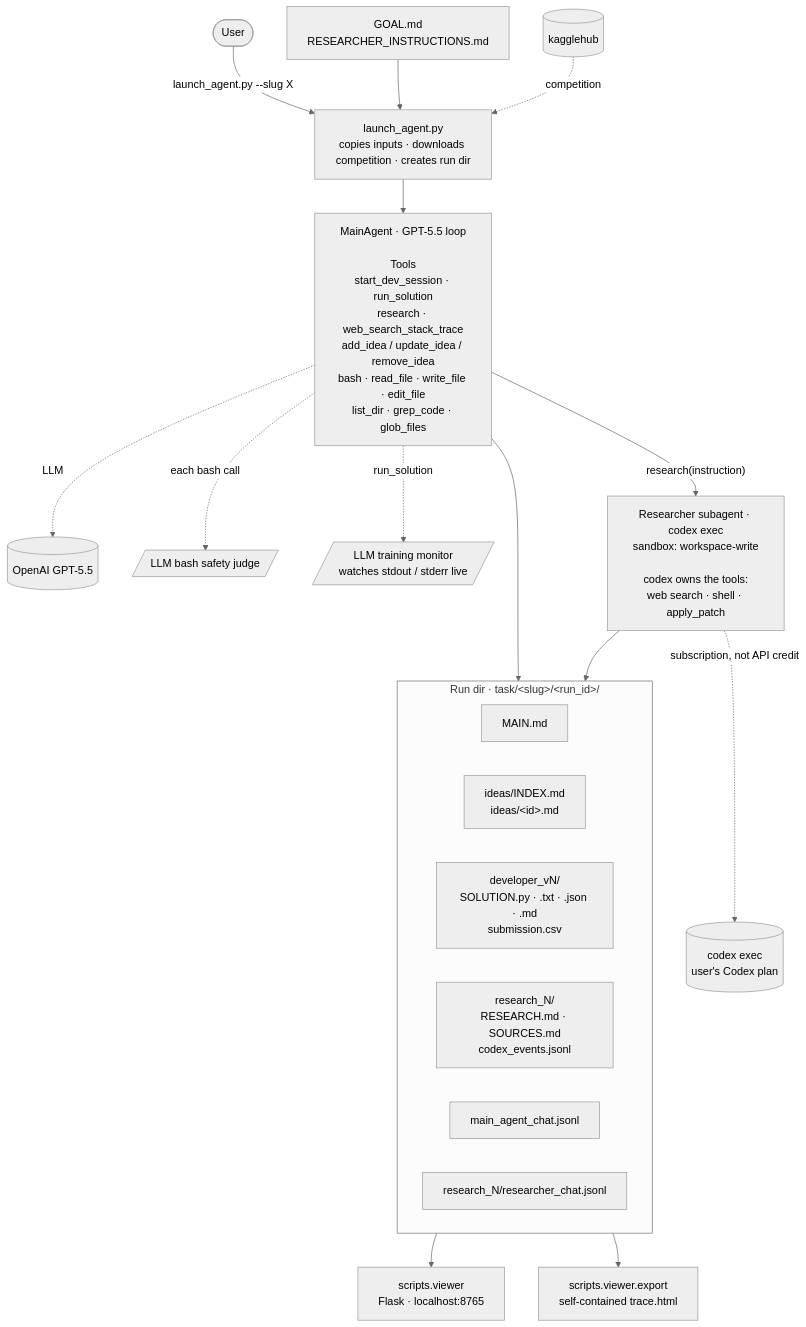
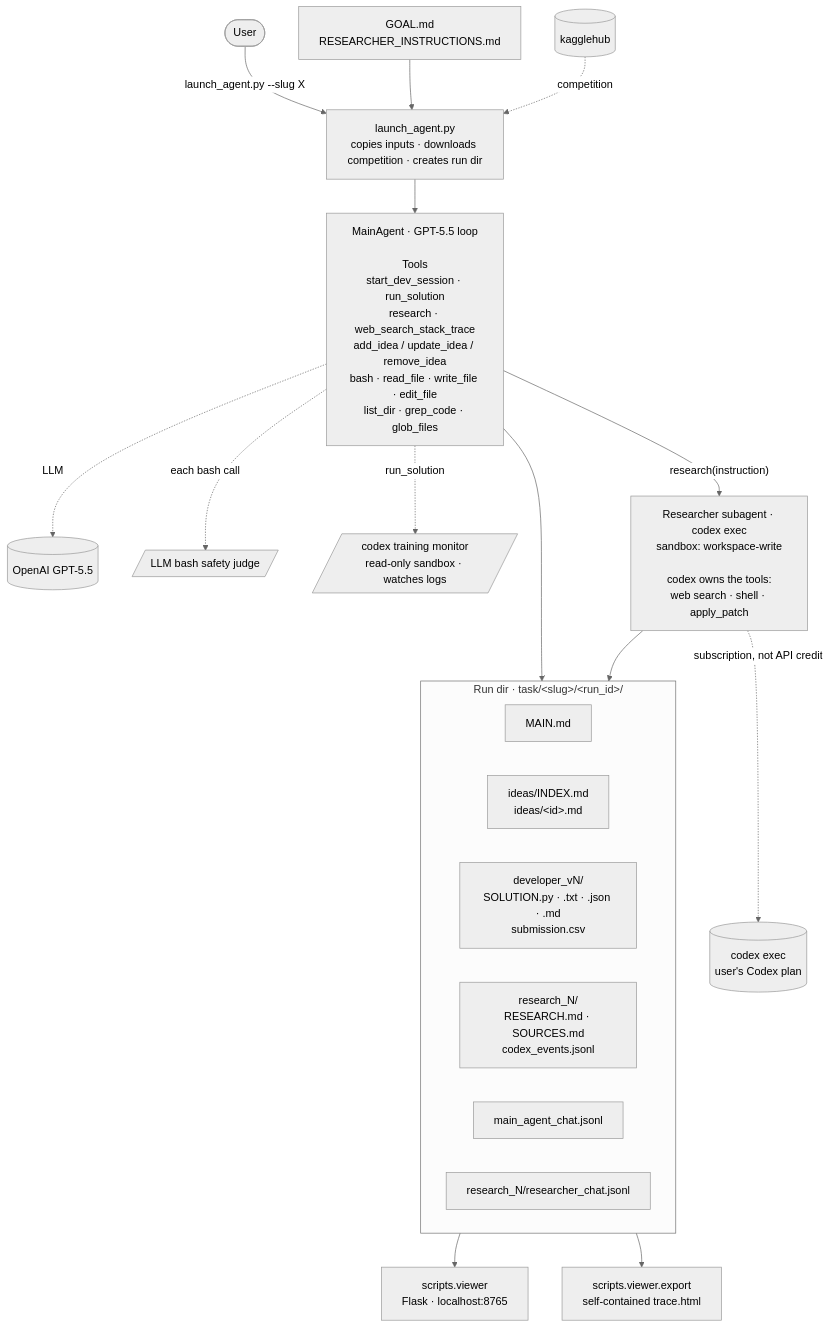
The diagram in README.md (bogoconic1/Qgentic-AI), drawn with Mermaid (neutral theme) before and after one commit. The commit also changed other lines of this file and 8 other files, not shown here.

Commit message:
Run the training log monitor on codex exec

````diff
--- a/README.md
+++ b/README.md
@@ -91,36 +91,36 @@
 ```mermaid
 flowchart TB
     USER(["User"])
     GOAL["GOAL.md<br/>RESEARCHER_INSTRUCTIONS.md"]
     KH[("kagglehub")]
     LLM[("OpenAI GPT-5.5")]
     CODEX[("codex exec<br/>user's Codex plan")]
 
     USER -->|"launch_agent.py --slug X"| LA["launch_agent.py<br/>copies inputs · downloads competition · creates run dir"]
     GOAL --> LA
     KH -. competition .-> LA
 
     LA --> MA["MainAgent · GPT-5.5 loop<br/><br/>Tools<br/>start_dev_session · run_solution<br/>research · web_search_stack_trace<br/>add_idea / update_idea / remove_idea<br/>bash · read_file · write_file · edit_file<br/>list_dir · grep_code · glob_files"]
 
     MA -. each bash call .-> JUDGE[/"LLM bash safety judge"/]
-    MA -. run_solution .-> MON[/"LLM training monitor<br/>watches stdout / stderr live"/]
+    MA -. run_solution .-> MON[/"codex training monitor<br/>read-only sandbox · watches logs"/]
     MA -. LLM .-> LLM
 
     MA -->|"research(instruction)"| RA["Researcher subagent · codex exec<br/>sandbox: workspace-write<br/><br/>codex owns the tools:<br/>web search · shell · apply_patch"]
     RA -. subscription, not API credit .-> CODEX
 
     MA --> RD
     RA --> RD
     subgraph RD["Run dir · task/&lt;slug&gt;/&lt;run_id&gt;/"]
       direction LR
       MAIN["MAIN.md"]
       IDEAS["ideas/INDEX.md<br/>ideas/&lt;id&gt;.md"]
       DEV["developer_vN/<br/>SOLUTION.py · .txt · .json · .md<br/>submission.csv"]
       RES["research_N/<br/>RESEARCH.md · SOURCES.md<br/>codex_events.jsonl"]
       LOG1["main_agent_chat.jsonl"]
       LOG2["research_N/researcher_chat.jsonl"]
     end
 
     RD --> VS["scripts.viewer<br/>Flask · localhost:8765"]
     RD --> VE["scripts.viewer.export<br/>self-contained trace.html"]
 ```
````
